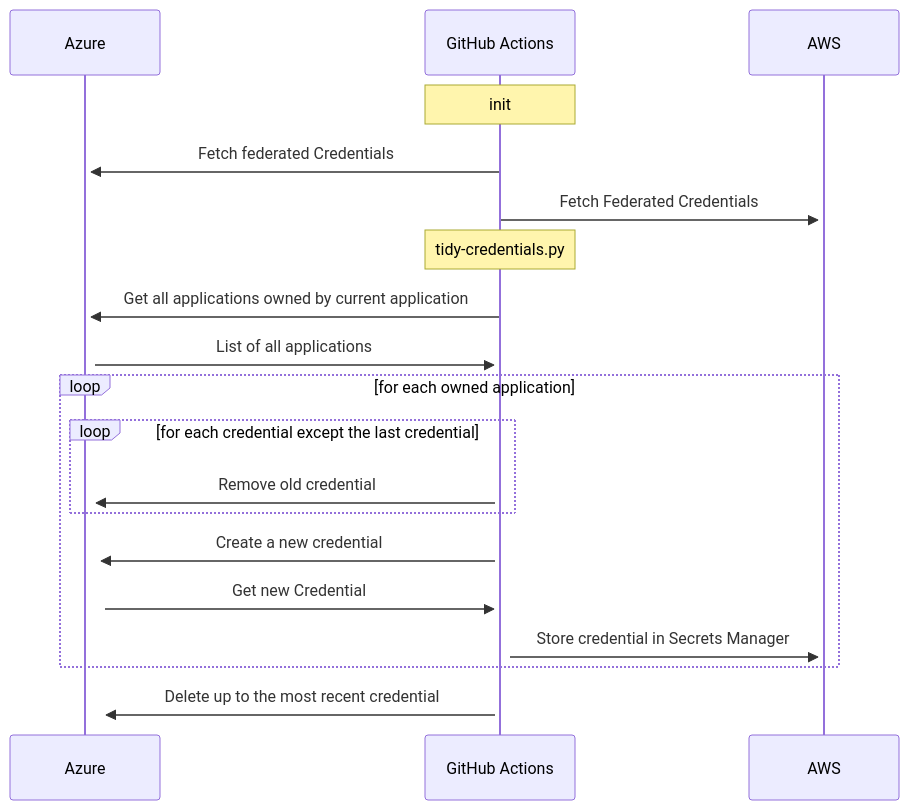
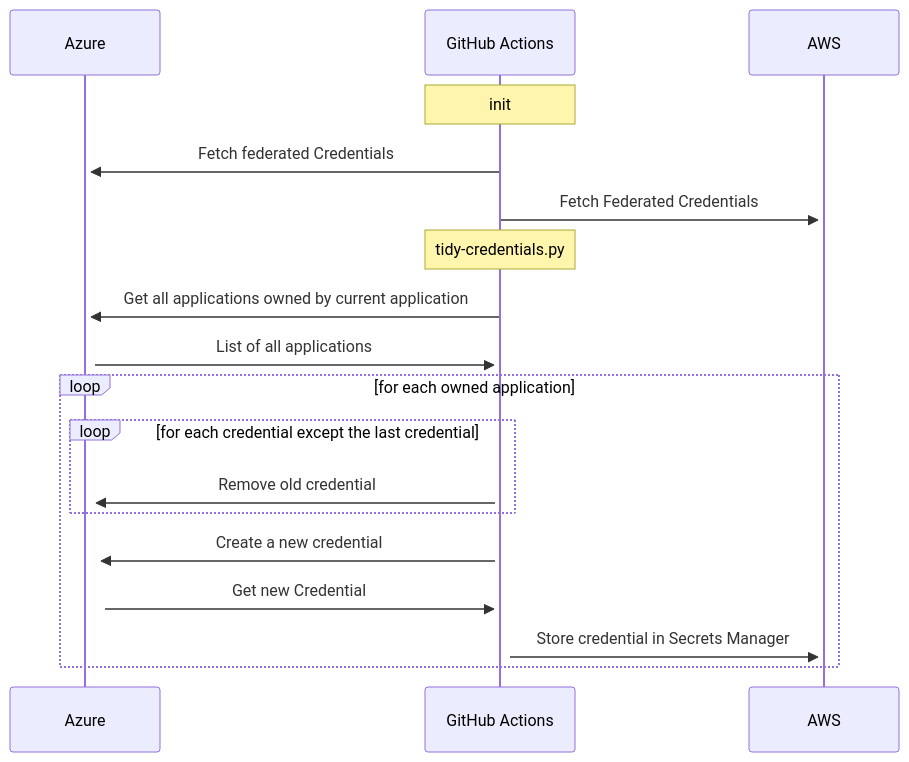
One commit to quintok/azure-aws-credential-rotation changed the diagram in README.md. Above: the diagram before and after it, drawn with Mermaid.

Commit message:
fix diagram to remove duplicate delete

````diff
--- a/README.md
+++ b/README.md
@@ -11,22 +11,21 @@
 ```mermaid
 sequenceDiagram
 participant Az as Azure
 participant gh as GitHub Actions
 participant AWS
 note over gh: init
 gh->>+Az: Fetch federated Credentials
 gh->>+AWS: Fetch Federated Credentials
 note over gh: tidy-credentials.py
 gh->>+Az: Get all applications owned by current application
 Az->>+gh: List of all applications
 loop for each owned application
     loop for each credential except the last credential
         gh->>+Az: Remove old credential
     end
     gh->>+Az: Create a new credential
     Az->>+gh: Get new Credential
     gh->>+AWS: Store credential in Secrets Manager
 end
-gh->>+Az: Delete up to the most recent credential
 
 ```
````
